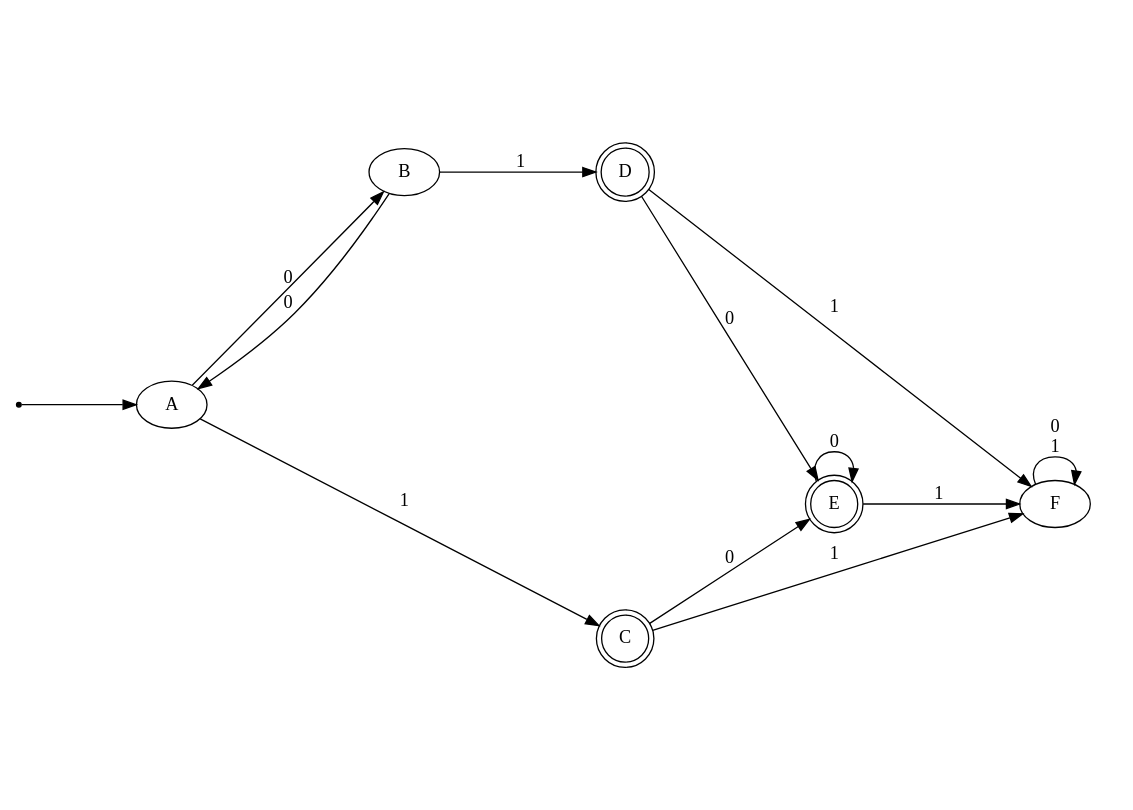
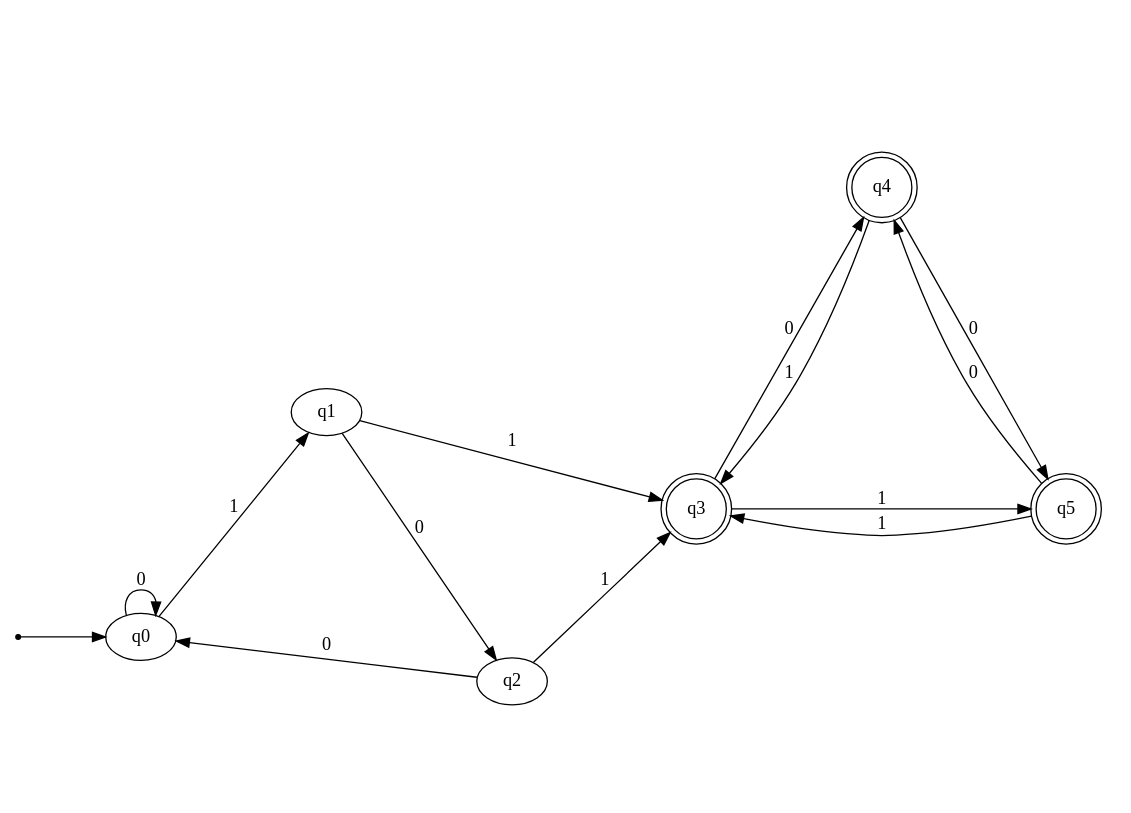
Before and after one commit to dbreno/DFA-MINIMIZER: the diagram in afd_inicial.gv, drawn with Graphviz. The commit also changed 3 other files, not shown here.

```diff
--- a/afd_inicial.gv
+++ b/afd_inicial.gv
@@ -1,26 +1,26 @@
 // afd_inicial
 digraph {
 	rankdir=LR
 	size="11.69,8.27"
 	ratio=fill
 	inicio [label="" shape=point]
-	A [label=A]
-	B [label=B]
-	C [label=C shape=doublecircle]
-	D [label=D shape=doublecircle]
-	E [label=E shape=doublecircle]
-	F [label=F]
-	inicio -> A
-	A -> B [label=0]
-	A -> C [label=1]
-	B -> A [label=0]
-	B -> D [label=1]
-	C -> E [label=0]
-	C -> F [label=1]
-	D -> E [label=0]
-	D -> F [label=1]
-	E -> E [label=0]
-	E -> F [label=1]
-	F -> F [label="0
-1"]
+	q0 [label=q0]
+	q1 [label=q1]
+	q2 [label=q2]
+	q3 [label=q3 shape=doublecircle]
+	q4 [label=q4 shape=doublecircle]
+	q5 [label=q5 shape=doublecircle]
+	inicio -> q0
+	q0 -> q0 [label=0]
+	q0 -> q1 [label=1]
+	q1 -> q2 [label=0]
+	q1 -> q3 [label=1]
+	q2 -> q0 [label=0]
+	q2 -> q3 [label=1]
+	q3 -> q4 [label=0]
+	q3 -> q5 [label=1]
+	q4 -> q5 [label=0]
+	q4 -> q3 [label=1]
+	q5 -> q4 [label=0]
+	q5 -> q3 [label=1]
 }
```
